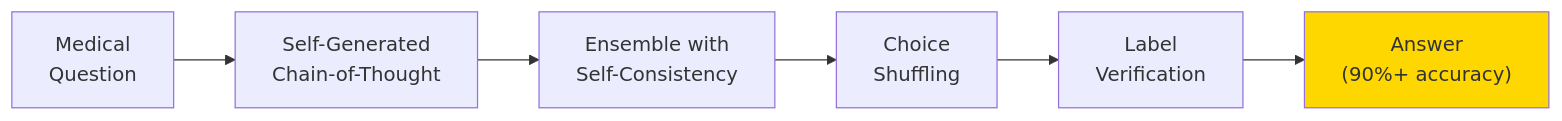
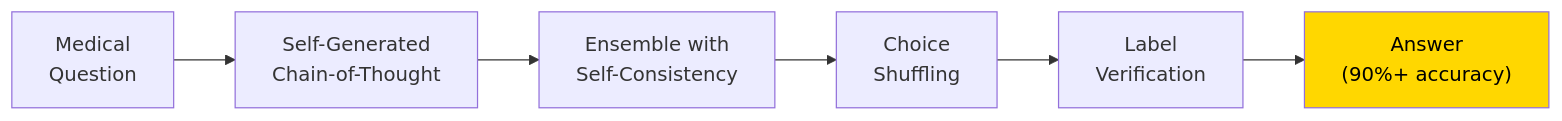
Before and after one commit to gel/gel.github.io: the sixth of 8 diagrams in content/generative-ai/2-genai-research/5_genai_prompting.md, drawn with Mermaid. The commit also changed other lines of this file and 9 other files, not shown here.

Commit message:
feat: Add 'Ralph Wiggum Loop' trick and enhance Mermaid diagram rendering for improved theme compatibility.

````diff
--- a/content/generative-ai/2-genai-research/5_genai_prompting.md
+++ b/content/generative-ai/2-genai-research/5_genai_prompting.md
@@ -164,10 +164,10 @@
 ```mermaid
 flowchart LR
     Q[Medical\nQuestion] --> CoT[Self-Generated\nChain-of-Thought]
     CoT --> Ens[Ensemble with\nSelf-Consistency]
     Ens --> Shuffle[Choice\nShuffling]
     Shuffle --> Verify[Label\nVerification]
     Verify --> A["Answer\n(90%+ accuracy)"]
 
-    style A fill:#FFD700
+    style A fill:#FFD700,color:#000
 ```
````
